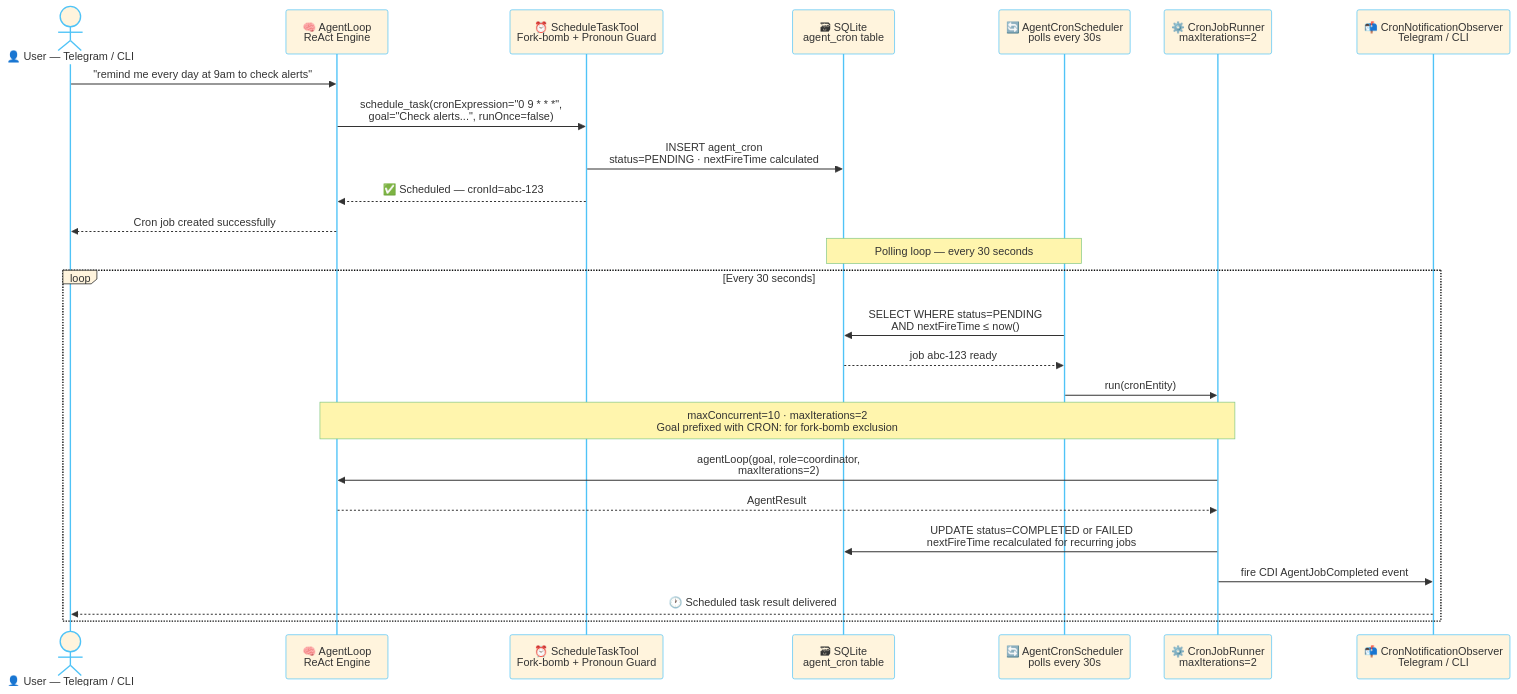
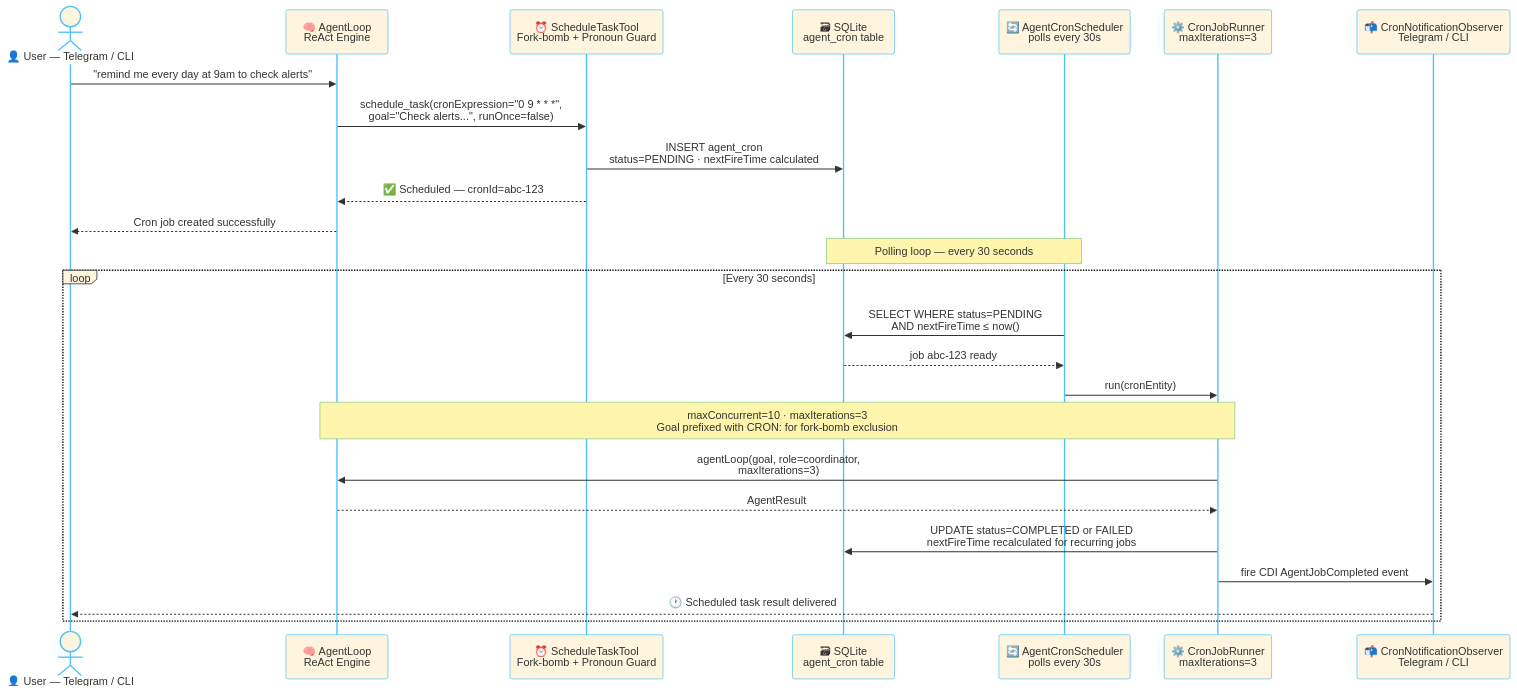
One commit to rsrini7/AmshaAgent changed the sixth of 8 diagrams in README.md. Above: the diagram before and after it, drawn with Mermaid. The commit also changed other lines of this file and 4 other files, not shown here.

````diff
--- a/README.md
+++ b/README.md
@@ -870,31 +935,31 @@
 ```mermaid
 %%{init: {'theme': 'base', 'themeVariables': {'primaryBorderColor': '#4fc3f7', 'lineColor': '#4fc3f7', 'activationBorderColor': '#4fc3f7', 'actorBorder': '#4fc3f7', 'actorLineColor': '#4fc3f7','labelBoxBorderColor': '#0b0c0cff', 'noteBorderColor': '#81c784', 'fontSize': '13px'}}}%%
 sequenceDiagram
     actor U as 👤 User — Telegram / CLI
     participant AL as 🧠 AgentLoop<br/>ReAct Engine
     participant ST as ⏰ ScheduleTaskTool<br/>Fork-bomb + Pronoun Guard
     participant DB as 🗃 SQLite<br/>agent_cron table
     participant CS as 🔄 AgentCronScheduler<br/>polls every 30s
-    participant CJR as ⚙️ CronJobRunner<br/>maxIterations=2
+    participant CJR as ⚙️ CronJobRunner<br/>maxIterations=3
     participant TN as 📬 CronNotificationObserver<br/>Telegram / CLI
 
     U->>AL: "remind me every day at 9am to check alerts"
     AL->>ST: schedule_task(cronExpression="0 9 * * *",<br/>goal="Check alerts...", runOnce=false)
     ST->>DB: INSERT agent_cron<br/>status=PENDING · nextFireTime calculated
     ST-->>AL: ✅ Scheduled — cronId=abc-123
     AL-->>U: Cron job created successfully
 
     Note over CS,DB: Polling loop — every 30 seconds
 
     loop Every 30 seconds
         CS->>DB: SELECT WHERE status=PENDING<br/>AND nextFireTime ≤ now()
         DB-->>CS: job abc-123 ready
         CS->>CJR: run(cronEntity)
-        Note over CJR,AL: maxConcurrent=10 · maxIterations=2<br/>Goal prefixed with CRON: for fork-bomb exclusion
-        CJR->>AL: agentLoop(goal, role=coordinator,<br/>maxIterations=2)
+        Note over CJR,AL: maxConcurrent=10 · maxIterations=3<br/>Goal prefixed with CRON: for fork-bomb exclusion
+        CJR->>AL: agentLoop(goal, role=coordinator,<br/>maxIterations=3)
         AL-->>CJR: AgentResult
         CJR->>DB: UPDATE status=COMPLETED or FAILED<br/>nextFireTime recalculated for recurring jobs
         CJR->>TN: fire CDI AgentJobCompleted event
         TN-->>U: 🕐 Scheduled task result delivered
     end
 ```
````
